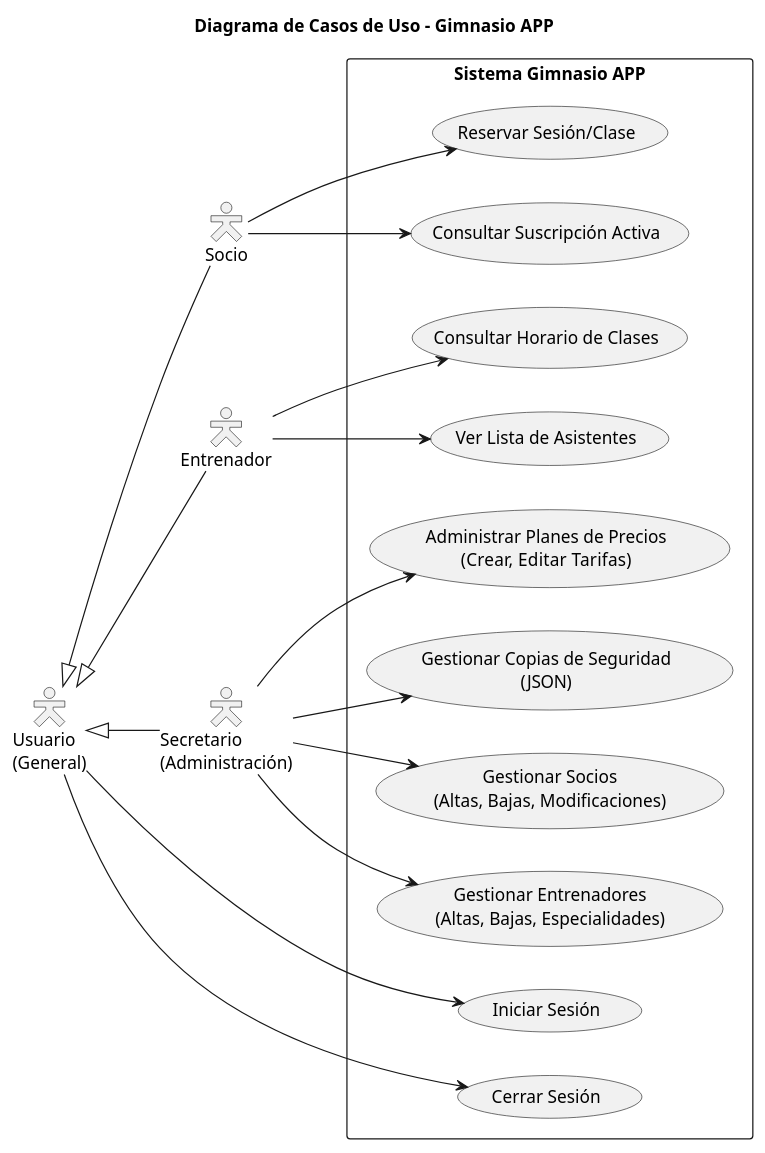
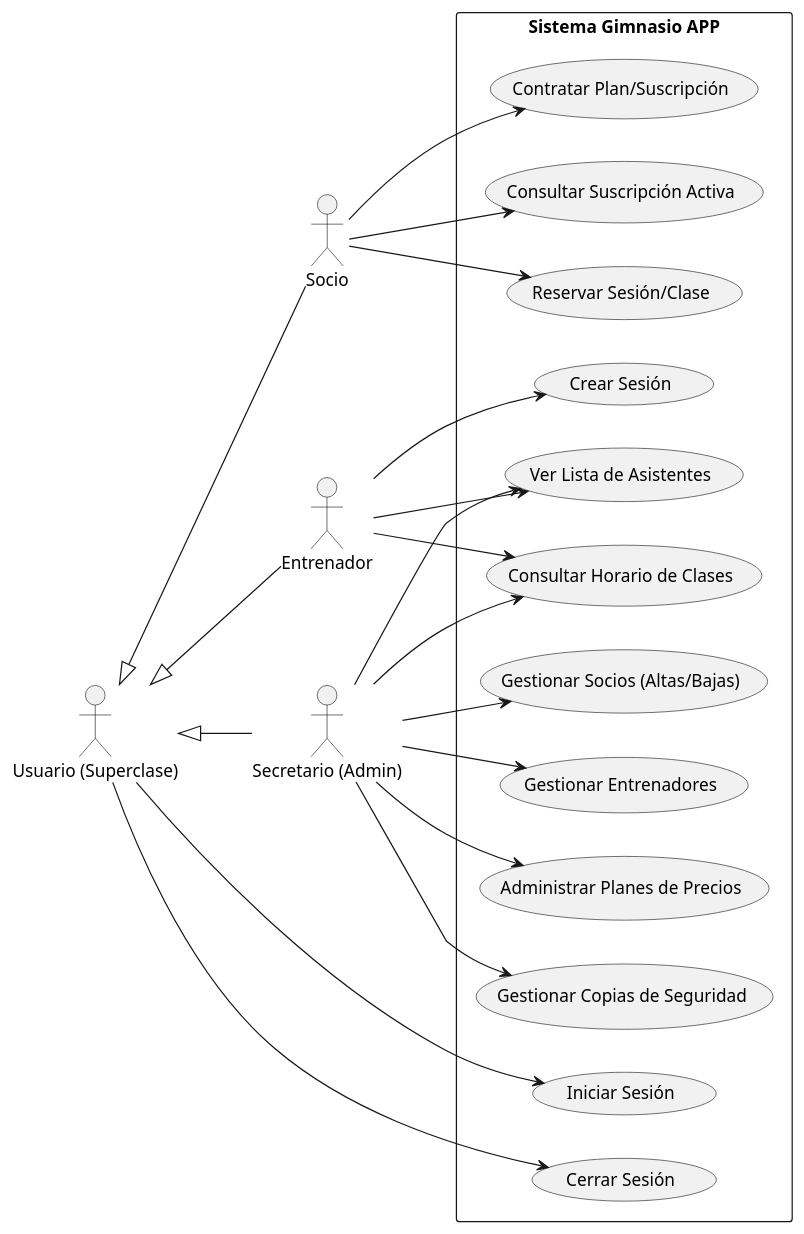
The diagram in docs/diagramasUML/DiagramasCasoUso/Casos_De_Uso.puml (FerminGarridoMartinDAM/ProyectoInterModular1DAMAppGimnasio), drawn with PlantUML before and after one commit. The commit also changed 1 other file, not shown here.

Commit message:
docs(uml): actualizado diagrama de casos de uso

```diff
--- a/docs/diagramasUML/DiagramasCasoUso/Casos_De_Uso.puml
+++ b/docs/diagramasUML/DiagramasCasoUso/Casos_De_Uso.puml
@@ -1,62 +1,66 @@
 @startuml
+left to right direction
 
-title Diagrama de Casos de Uso - Gimnasio APP
+' 1. Definición de los actores
+actor "Usuario (Superclase)" as usuario
+actor "Socio" as socio
+actor "Entrenador" as entrenador
+actor "Secretario (Admin)" as secretario
 
-left to right direction
-skinparam packageStyle rectangle
-skinparam actorStyle hollow
+' 2. Jerarquía de herencia: Todos heredan las funciones base de Usuario
+usuario <|-- socio  
 
-' --- DEFINICIÓN DE ACTORES ---
-actor "Usuario\n(General)" as Usuario
-actor "Socio" as Socio
-actor "Entrenador" as Entrenador
-actor "Secretario\n(Administración)" as Secretario
+usuario <|-- entrenador
 
-' Herencia de actores: Socio, Entrenador y Secretario son tipos de Usuario
-Socio -up-|> Usuario
-Entrenador -up-|> Usuario
-Secretario -up-|> Usuario
+usuario <|-- secretario
 
-' --- SISTEMA Y CASOS DE USO ---
-package "Sistema Gimnasio APP" {
-    
-    ' Casos de uso generales
-    usecase "Iniciar Sesión" as UC_Login
-    usecase "Cerrar Sesión" as UC_Logout
-    
-    ' Casos de uso de Socio
-    usecase "Reservar Sesión/Clase" as UC_Reservar
-    usecase "Consultar Suscripción Activa" as UC_VerSuscripcion
-    
-    ' Casos de uso de Entrenador
-    usecase "Consultar Horario de Clases" as UC_VerHorario
-    usecase "Ver Lista de Asistentes" as UC_VerAsistentes
-    
-    ' Casos de uso de Secretario (Las novedades)
-    usecase "Gestionar Socios\n(Altas, Bajas, Modificaciones)" as UC_GestSocio
-    usecase "Gestionar Entrenadores\n(Altas, Bajas, Especialidades)" as UC_GestEntrenador
-    usecase "Administrar Planes de Precios\n(Crear, Editar Tarifas)" as UC_GestPlanes
-    usecase "Gestionar Copias de Seguridad\n(JSON)" as UC_Backup
+rectangle "Sistema Gimnasio APP" {
+  
+  ' Funciones Generales
+  usecase "Iniciar Sesión" as UC1
+  usecase "Cerrar Sesión" as UC2
+  
+  ' Funciones de Cliente (Socio)
+  usecase "Contratar Plan/Suscripción" as UC3
+  usecase "Consultar Suscripción Activa" as UC4
+  usecase "Reservar Sesión/Clase" as UC5
+  
+  ' Funciones de Operaciones (Entrenador y Secretario)
+  usecase "Consultar Horario de Clases" as UC6
+  usecase "Ver Lista de Asistentes" as UC7
+  usecase "Crear Sesión" as UC8
+  
+  ' Funciones de Administración (Secretario)
+  usecase "Gestionar Socios (Altas/Bajas)" as UC9
+  usecase "Gestionar Entrenadores" as UC10
+  usecase "Administrar Planes de Precios" as UC11
+  usecase "Gestionar Copias de Seguridad" as UC12
 }
 
 ' --- RELACIONES ---
 
-' Todos los usuarios pueden loguearse
-Usuario --> UC_Login
-Usuario --> UC_Logout
+' Relaciones del Usuario (Heredadas por el resto)
+usuario --> UC1
+usuario --> UC2
 
-' Acciones específicas del Socio
-Socio --> UC_Reservar
-Socio --> UC_VerSuscripcion
+' Relaciones del Socio
+socio --> UC3
+socio --> UC4
+socio --> UC5
 
-' Acciones específicas del Entrenador
-Entrenador --> UC_VerHorario
-Entrenador --> UC_VerAsistentes
+' Relaciones del Entrenador
+entrenador --> UC6
+entrenador --> UC7
+entrenador --> UC8
 
-' Acciones específicas del Secretario (Administración total)
-Secretario --> UC_GestSocio
-Secretario --> UC_GestEntrenador
-Secretario --> UC_GestPlanes
-Secretario --> UC_Backup
+' Relaciones del Secretario
+' Como es el administrador, necesita ver horarios y asistentes para gestionar, 
+' además de sus funciones exclusivas de CRUD.
+secretario --> UC6
+secretario --> UC7
+secretario --> UC9
+secretario --> UC10
+secretario --> UC11
+secretario --> UC12
 
 @enduml
```
